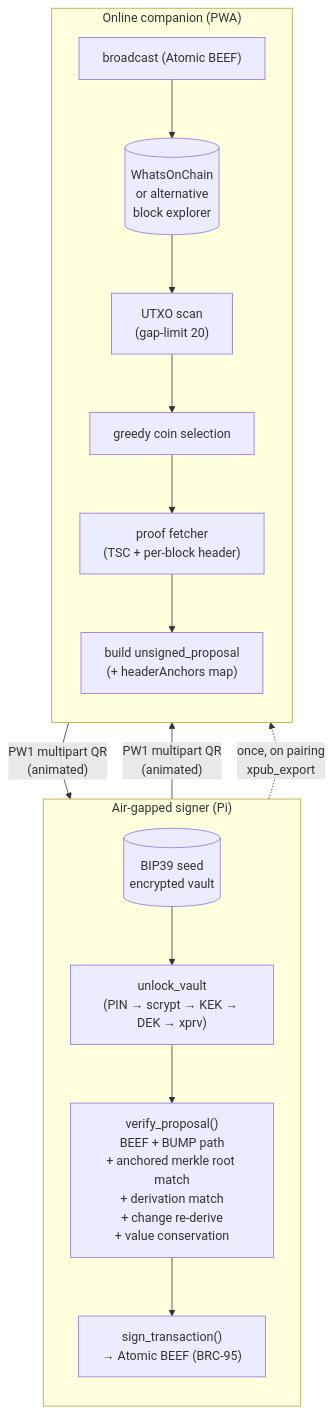
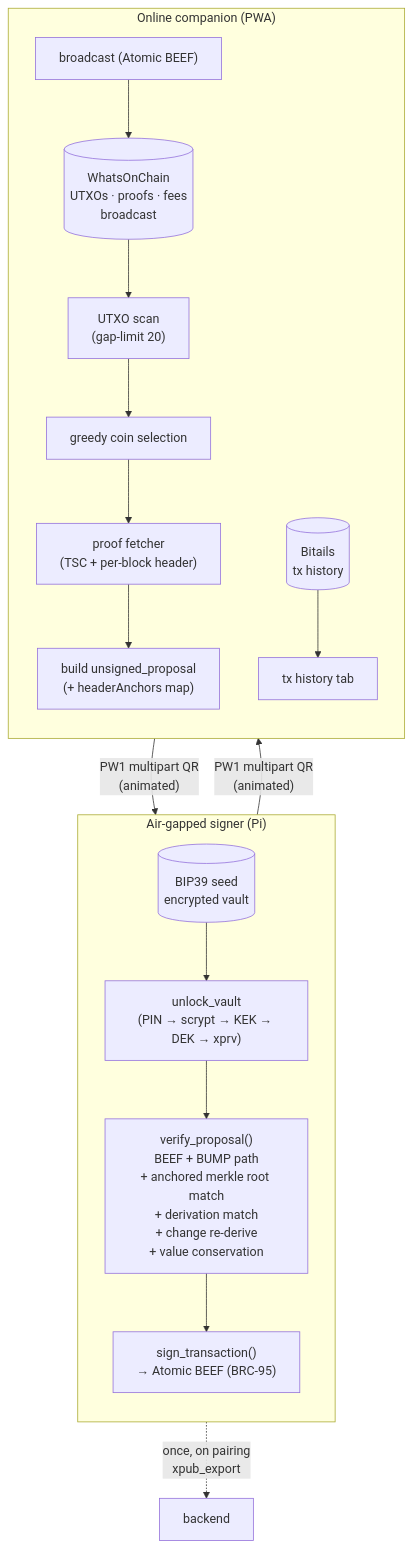
Before and after one commit to mohrt/PiWalletSV: the diagram in docs/architecture.md, drawn with Mermaid. The commit also changed other lines of this file and 3 other files, not shown here.

````diff
--- a/docs/architecture.md
+++ b/docs/architecture.md
@@ -16,27 +16,29 @@
 ```mermaid
 flowchart TB
   subgraph air["Air-gapped signer (Pi)"]
     direction TB
     seed[("BIP39 seed<br/>encrypted vault")]
     decrypt["unlock_vault<br/>(PIN → scrypt → KEK → DEK → xprv)"]
     verify["verify_proposal()<br/>BEEF + BUMP path<br/>+ anchored merkle root match<br/>+ derivation match<br/>+ change re-derive<br/>+ value conservation"]
     sign["sign_transaction()<br/>→ Atomic BEEF (BRC-95)"]
     seed --> decrypt --> verify --> sign
   end
 
   subgraph online["Online companion (PWA)"]
     direction TB
-    backend[("WhatsOnChain<br/>or alternative<br/>block explorer")]
+    woc[("WhatsOnChain<br/>UTXOs · proofs · fees<br/>broadcast")]
+    bitails[("Bitails<br/>tx history")]
     scan["UTXO scan<br/>(gap-limit 20)"]
     select["greedy coin selection"]
     proof["proof fetcher<br/>(TSC + per-block header)"]
     build["build unsigned_proposal<br/>(+ headerAnchors map)"]
     bcast["broadcast (Atomic BEEF)"]
-    backend --> scan --> select --> proof --> build
-    bcast --> backend
+    woc --> scan --> select --> proof --> build
+    bcast --> woc
+    bitails --> history["tx history tab"]
   end
 
   build -- "PW1 multipart QR<br/>(animated)" --> verify
   sign -- "PW1 multipart QR<br/>(animated)" --> bcast
   seed -.->|"once, on pairing<br/>xpub_export"| backend
 ```
````
